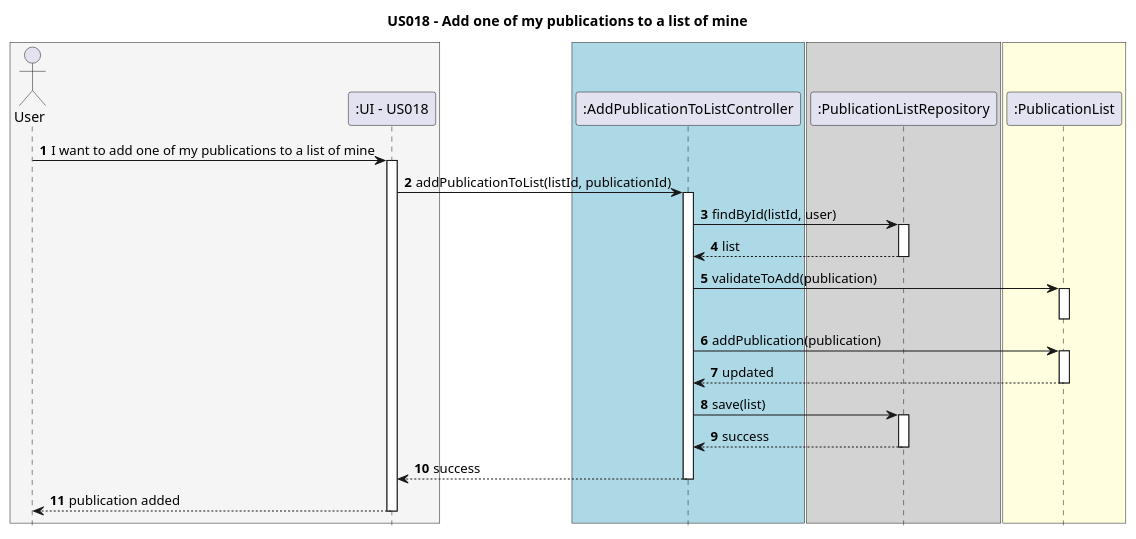
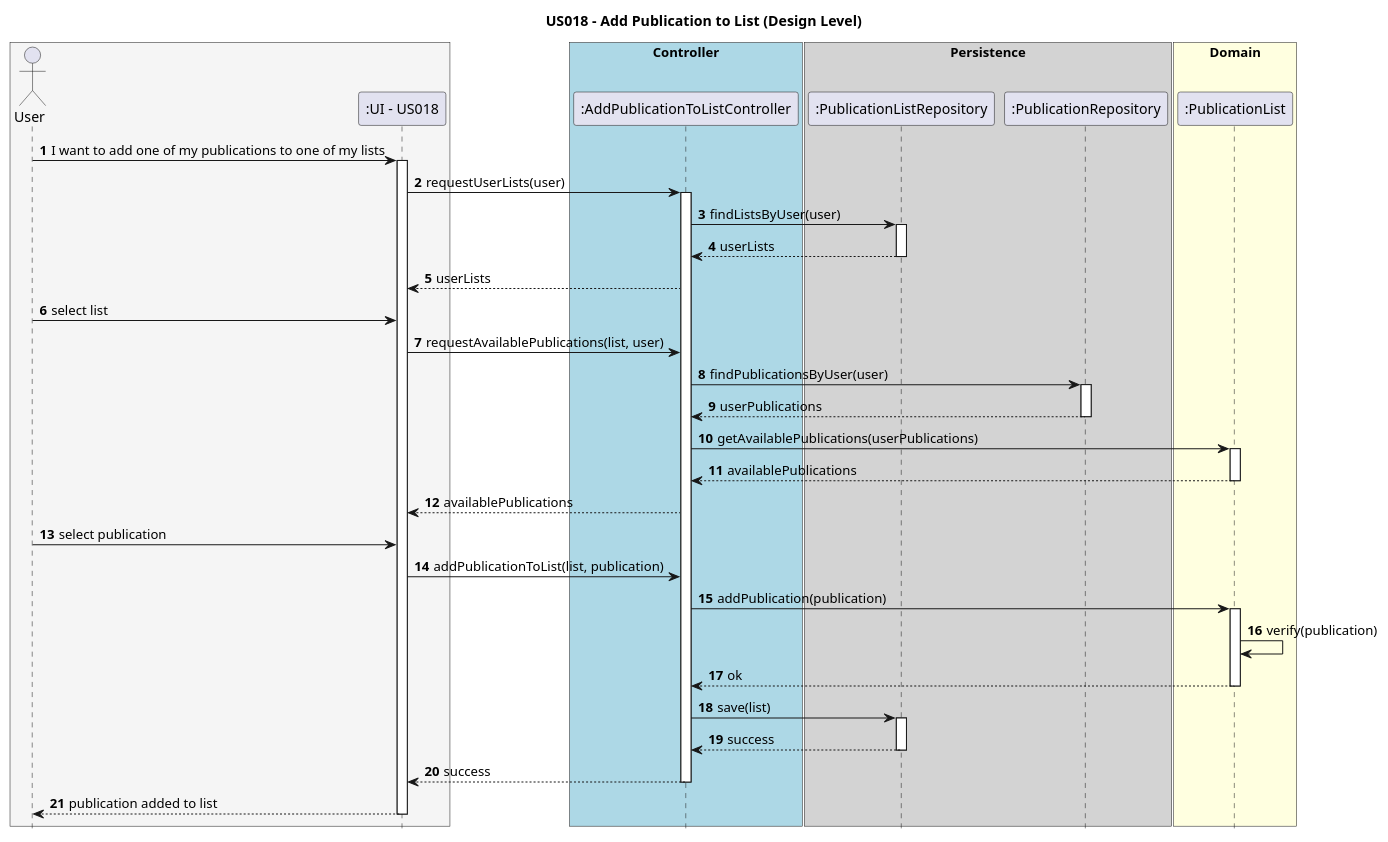
Before and after one commit to AndrePereiraGitH/SWitCH-Project-Team_A: the diagram in Diagrams/SequenceDiagrams/N2/US018-to-add-publication-to-list.puml, drawn with PlantUML. The commit also changed other lines of this file and 6 other files, not shown here.

Commit message:
#88 #89 and #92 #94: add SSD (N1), sequence (N2) and class diagrams

```diff
--- a/Diagrams/SequenceDiagrams/N2/US018-to-add-publication-to-list.puml
+++ b/Diagrams/SequenceDiagrams/N2/US018-to-add-publication-to-list.puml
@@ -1,57 +1,75 @@
 @startuml
 hide footbox
 autonumber
 
-title US018 - Add one of my publications to a list of mine
+title US018 – Add Publication to List (Design Level)
 
 box #WhiteSmoke
 actor "User" as User
 participant ":UI - US018" as UI
 end box
 
-box #LightBlue
+box "Controller" #LightBlue
 participant ":AddPublicationToListController" as Controller
 end box
 
-box #LightGrey
-participant ":PublicationListRepository" as Repository
+box "Persistence" #LightGrey
+participant ":PublicationListRepository" as ListRepository
+participant ":PublicationRepository" as PubRepository
 end box
 
-box #LightYellow
+box "Domain" #LightYellow
 participant ":PublicationList" as List
 end box
 
-User -> UI : I want to add one of my publications to a list of mine
+User -> UI : I want to add one of my publications to one of my lists
 activate UI
 
-UI -> Controller : addPublicationToList(listId, publicationId)
+UI -> Controller : requestUserLists(user)
 activate Controller
 
-Controller -> Repository : findById(listId, user)
-activate Repository
-Repository --> Controller : list
-deactivate Repository
+Controller -> ListRepository : findListsByUser(user)
+activate ListRepository
+ListRepository --> Controller : userLists
+deactivate ListRepository
 
-'create PublicationList" as List
-Controller -> List : validateToAdd(publication)
+Controller --> UI : userLists
+
+User -> UI : select list
+
+UI -> Controller : requestAvailablePublications(list, user)
+
+Controller -> PubRepository : findPublicationsByUser(user)
+activate PubRepository
+PubRepository --> Controller : userPublications
+deactivate PubRepository
+
+Controller -> List : getAvailablePublications(userPublications)
 activate List
-'List --> Controller : true
+List --> Controller : availablePublications
 deactivate List
+
+Controller --> UI : availablePublications
+
+User -> UI : select publication
+
+UI -> Controller : addPublicationToList(list, publication)
 
 Controller -> List : addPublication(publication)
 activate List
-List --> Controller : updated
+List -> List : verify(publication)
+List --> Controller : ok
 deactivate List
 
-Controller -> Repository : save(list)
-activate Repository
-Repository --> Controller : success
-deactivate Repository
+Controller -> ListRepository : save(list)
+activate ListRepository
+ListRepository --> Controller : success
+deactivate ListRepository
 
 Controller --> UI : success
 deactivate Controller
 
-UI --> User : publication added
+UI --> User : publication added to list
 deactivate UI
 
 @enduml
```
